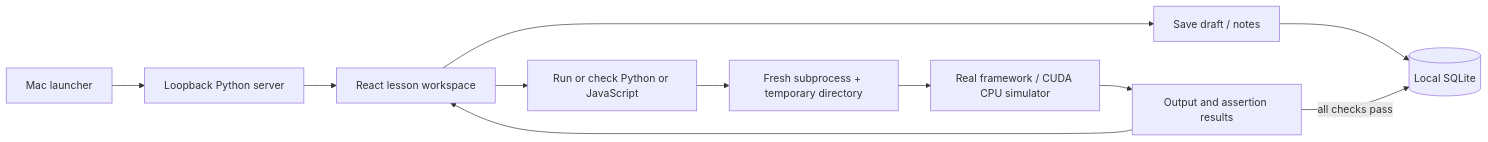
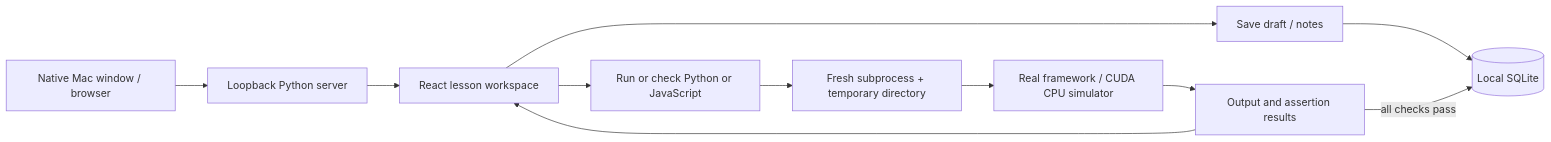
Before and after one commit to ShmalexM/ml-workshop: the diagram in docs/architecture.md, drawn with Mermaid. The commit also changed other lines of this file and 6 other files, not shown here.

Commit message:
Add native Mac app window and reproducible local installer

````diff
--- a/docs/architecture.md
+++ b/docs/architecture.md
@@ -3,13 +3,13 @@
 ```mermaid
 flowchart LR
-  A[Mac launcher] --> B[Loopback Python server]
+  A[Native Mac window / browser] --> B[Loopback Python server]
   B --> C[React lesson workspace]
   C --> D[Save draft / notes]
   D --> E[(Local SQLite)]
   C --> F[Run or check Python or JavaScript]
   F --> G[Fresh subprocess + temporary directory]
   G --> H[Real framework / CUDA CPU simulator]
   H --> I[Output and assertion results]
   I --> C
   I -->|all checks pass| E
 ```
````
